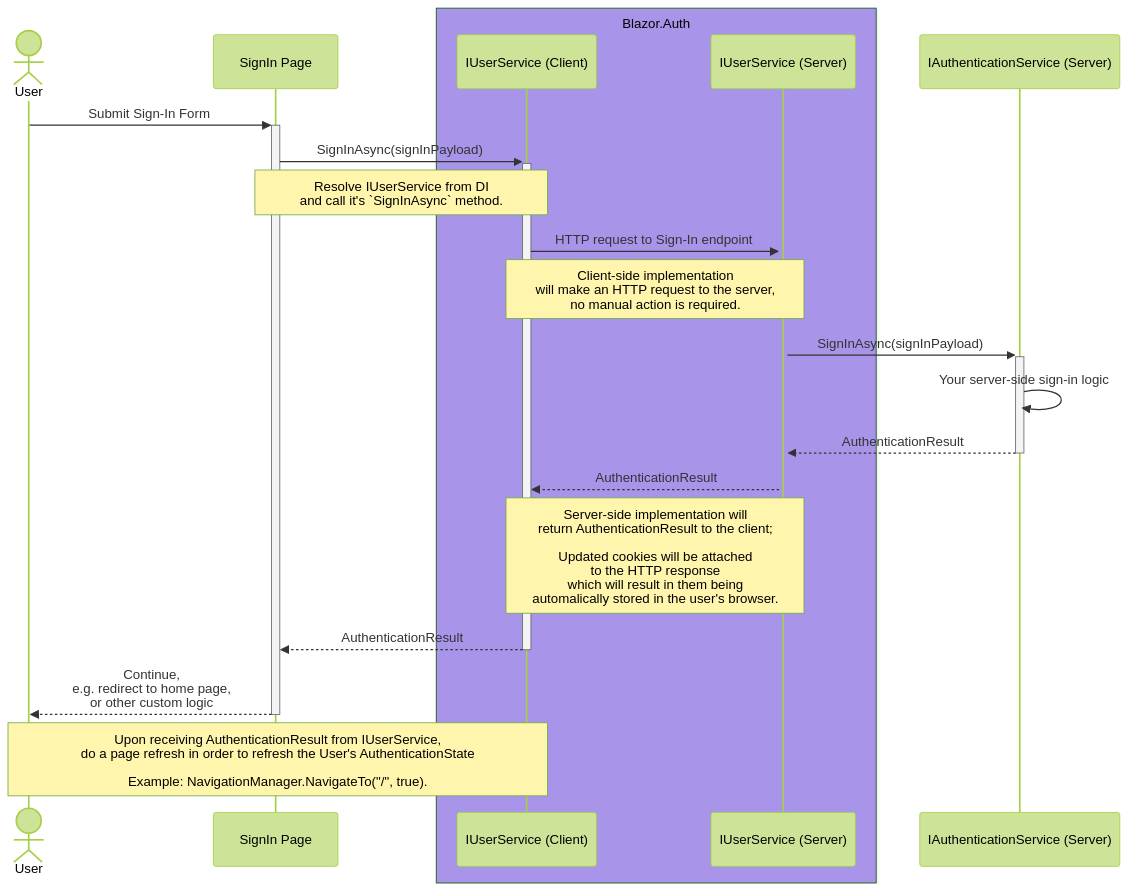
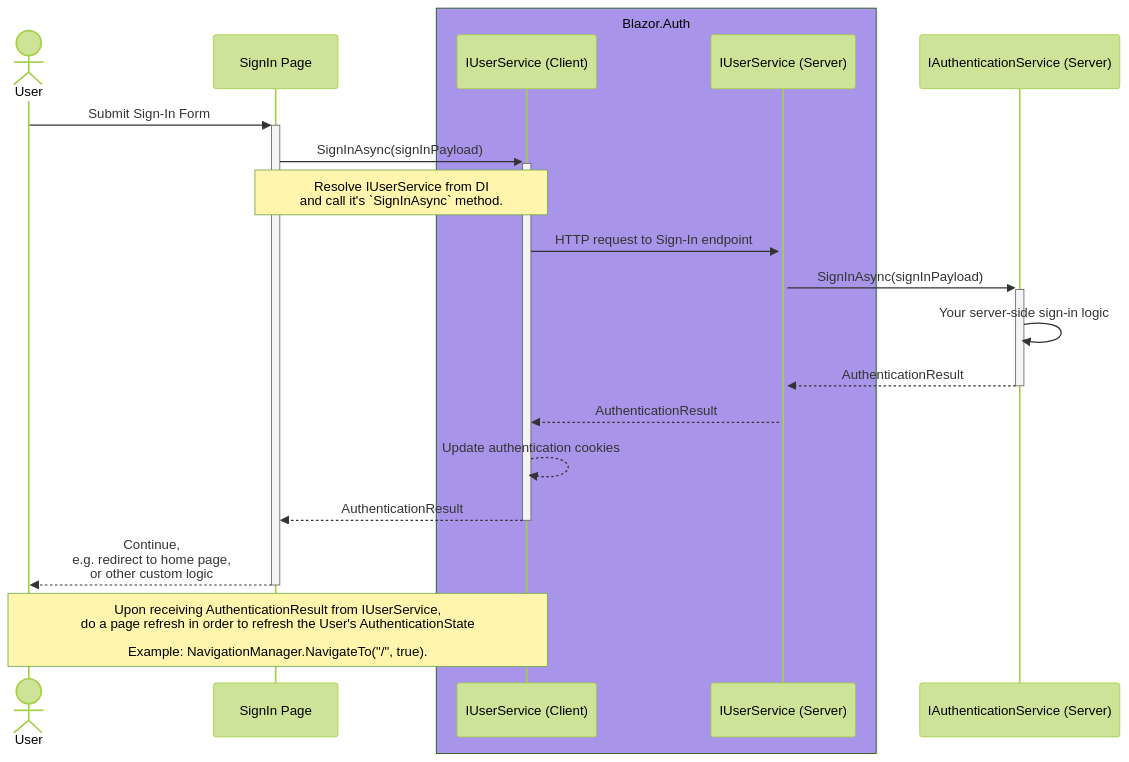
One commit to BitzArt/Blazor.Auth changed the first of 3 diagrams in docs/src/04.use-cases/02.interactive-webassembly.md. Above: the diagram before and after it, drawn with Mermaid (forest theme). The commit also changed other lines of this file and 1 other file, not shown here.

Commit message:
Actualize sequence diagrams

````diff
--- a/docs/src/04.use-cases/02.interactive-webassembly.md
+++ b/docs/src/04.use-cases/02.interactive-webassembly.md
@@ -9,31 +9,30 @@
 ```mermaid
 sequenceDiagram
 
 actor user as User
 participant page as SignIn Page
 
 box rgba(101, 63, 232, 0.5) Blazor.Auth
 participant userServiceClient as IUserService (Client)
 participant userServiceServer as IUserService (Server)
 end
 
 participant authService as IAuthenticationService (Server)
 
 user ->>+ page: Submit Sign-In Form
 page ->>+ userServiceClient: SignInAsync(signInPayload)
 note over page,userServiceClient: Resolve IUserService from DI<br/> and call it's `SignInAsync` method.
 userServiceClient ->>+ userServiceServer: HTTP request to Sign-In endpoint
-note over userServiceClient,userServiceServer: Client-side implementation <br/> will make an HTTP request to the server, <br/> no manual action is required.
 
 userServiceServer ->>+ authService: SignInAsync(signInPayload)
 authService ->> authService: Your server-side sign-in logic
 
 authService -->>- userServiceServer: AuthenticationResult
 userServiceServer -->> userServiceClient: AuthenticationResult
-note over userServiceServer,userServiceClient: Server-side implementation will <br/> return AuthenticationResult to the client#59; <br/><br/> Updated cookies will be attached <br/> to the HTTP response <br/> which will result in them being <br/> automalically stored in the user's browser.
+userServiceClient -->> userServiceClient: Update authentication cookies
 
 userServiceClient -->>- page: AuthenticationResult
 page -->>- user: Continue, <br/> e.g. redirect to home page, <br/> or other custom logic
 
 note over user,userServiceClient: Upon receiving AuthenticationResult from IUserService, <br/> do a page refresh in order to refresh the User's AuthenticationState<br/><br/> Example: NavigationManager.NavigateTo("/", true).
 ```
````
